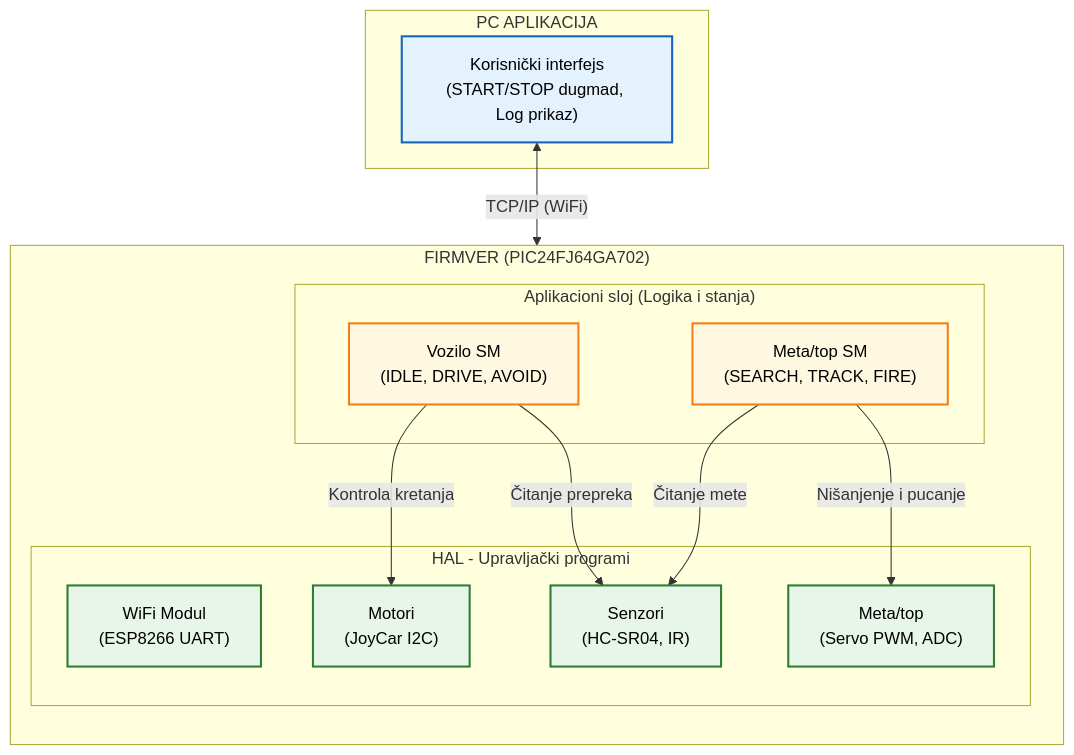
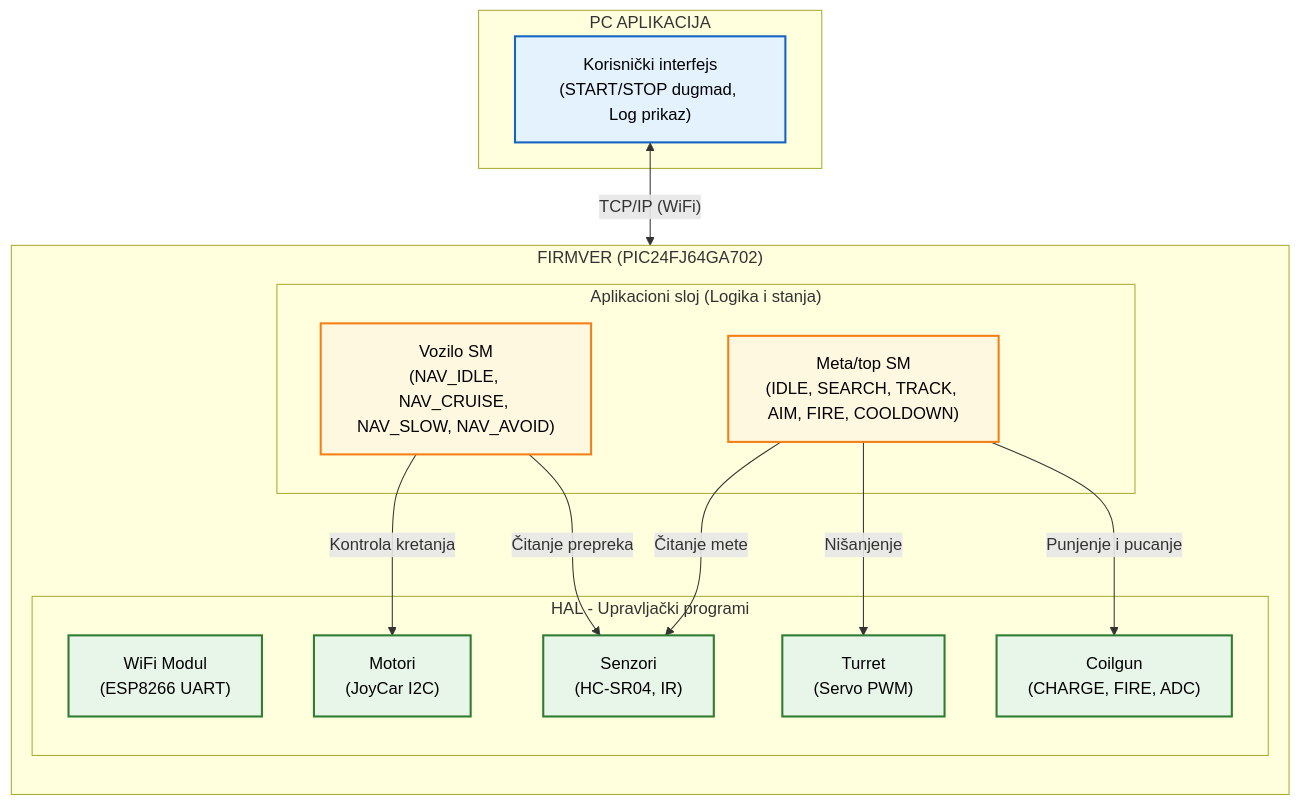
One commit to lukavidic/Vihor changed the diagram in docs/architecture/software.md. Above: the diagram before and after it, drawn with Mermaid. The commit also changed other lines of this file and 7 other files, not shown here.

````diff
--- a/docs/architecture/software.md
+++ b/docs/architecture/software.md
@@ -29,40 +29,42 @@
 ```mermaid
 flowchart TD
     classDef layerApp fill:#e3f2fd,stroke:#1565c0,stroke-width:2px,color:#000
     classDef layerLogic fill:#fff8e1,stroke:#f57f17,stroke-width:2px,color:#000
     classDef layerHAL fill:#e8f5e9,stroke:#2e7d32,stroke-width:2px,color:#000
     
     subgraph PC["PC APLIKACIJA"]
         UI["Korisnički interfejs<br/>(START/STOP dugmad, Log prikaz)"]
     end
 
     subgraph FW["FIRMVER (PIC24FJ64GA702)"]
         direction TB
         
         subgraph LOGIKA["Aplikacioni sloj (Logika i stanja)"]
-            SM_VEH["Vozilo SM<br/>(IDLE, DRIVE, AVOID)"]
-            SM_TUR["Meta/top SM<br/>(SEARCH, TRACK, FIRE)"]
+            SM_VEH["Vozilo SM<br/>(NAV_IDLE, NAV_CRUISE, NAV_SLOW, NAV_AVOID)"]
+            SM_TUR["Meta/top SM<br/>(IDLE, SEARCH, TRACK, AIM, FIRE, COOLDOWN)"]
         end
         
         subgraph HAL["HAL - Upravljački programi"]
             DRV_WIFI["WiFi Modul<br/>(ESP8266 UART)"]
             DRV_SENS["Senzori<br/>(HC-SR04, IR)"]
             DRV_MOT["Motori<br/>(JoyCar I2C)"]
-            DRV_TUR["Meta/top<br/>(Servo PWM, ADC)"]
+            DRV_TUR["Turret<br/>(Servo PWM)"]
+            DRV_GUN["Coilgun<br/>(CHARGE, FIRE, ADC)"]
         end
     end
 
     %% Veze između slojeva
     UI <-->|"TCP/IP (WiFi)"| DRV_WIFI
     
     SM_VEH -->|"Kontrola kretanja"| DRV_MOT
     SM_VEH -->|"Čitanje prepreka"| DRV_SENS
     
-    SM_TUR -->|"Nišanjenje i pucanje"| DRV_TUR
+    SM_TUR -->|"Nišanjenje"| DRV_TUR
+    SM_TUR -->|"Punjenje i pucanje"| DRV_GUN
     SM_TUR -->|"Čitanje mete"| DRV_SENS
 
     %% Primjena stilova (boja)
     class UI layerApp;
     class SM_VEH,SM_TUR layerLogic;
-    class DRV_WIFI,DRV_SENS,DRV_MOT,DRV_TUR layerHAL;
+    class DRV_WIFI,DRV_SENS,DRV_MOT,DRV_TUR,DRV_GUN layerHAL;
 ```
````
